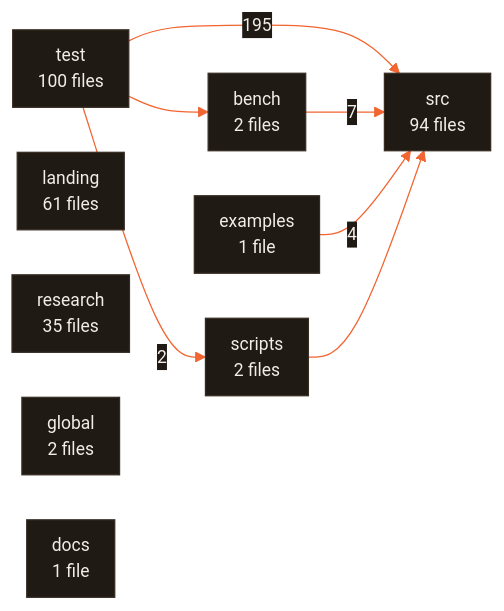
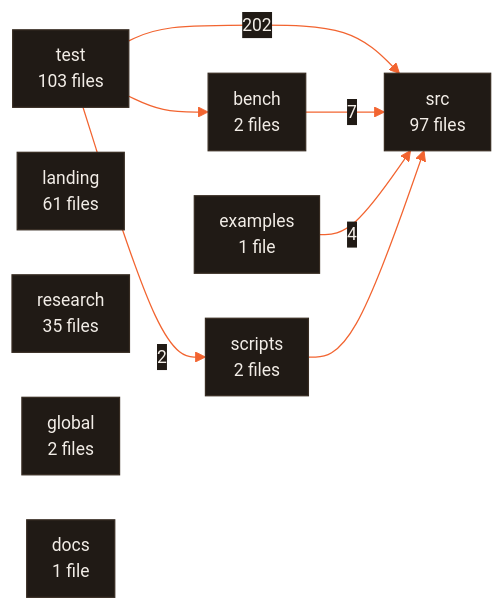
The fifth of 5 diagrams in ARCHITECTURE.md (CodeWithJuber/forgekit), drawn with Mermaid before and after one commit. The commit also changed other lines of this file and 18 other files, not shown here.

````diff
--- a/ARCHITECTURE.md
+++ b/ARCHITECTURE.md
@@ -552,19 +576,19 @@
 ```mermaid
 %%{init: {'theme':'base','themeVariables':{'primaryColor':'#201a15','primaryTextColor':'#f2ede7','primaryBorderColor':'#372c22','lineColor':'#f26430','secondaryColor':'#272019','tertiaryColor':'#171310','edgeLabelBackground':'#201a15','clusterBkg':'#171310','clusterBorder':'#4a3b2e','fontFamily':'ui-sans-serif, system-ui, sans-serif','fontSize':'14px'},'flowchart':{'curve':'basis','padding':10,'nodeSpacing':36,'rankSpacing':44}}}%%
 flowchart LR
-  test["test<br/>100 files"]
-  src["src<br/>94 files"]
+  test["test<br/>103 files"]
+  src["src<br/>97 files"]
   landing["landing<br/>61 files"]
   research["research<br/>35 files"]
   bench["bench<br/>2 files"]
   global["global<br/>2 files"]
   scripts["scripts<br/>2 files"]
   docs["docs<br/>1 file"]
   examples["examples<br/>1 file"]
-  test -- 195 --> src
+  test -- 202 --> src
   bench -- 7 --> src
   examples -- 4 --> src
   test -- 2 --> scripts
   scripts --> src
   test --> bench
 ```
````
